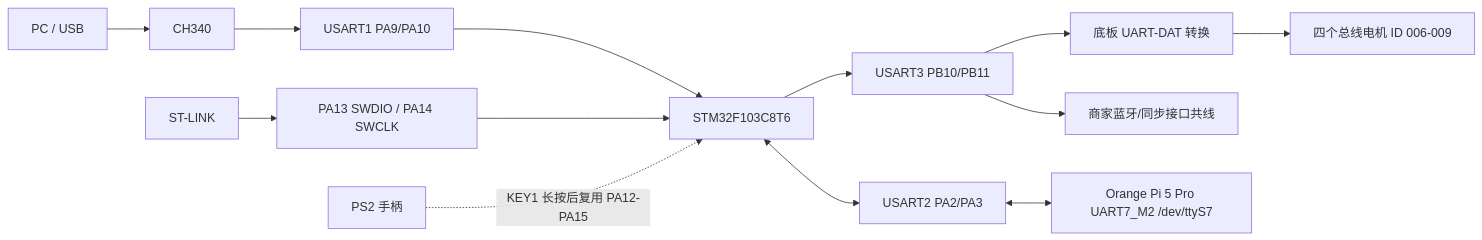
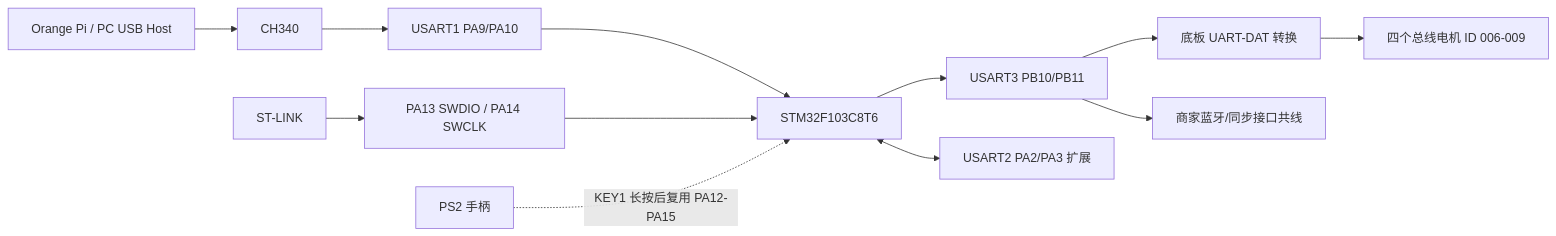
One commit to chbq/c5-car-playground changed the first of 2 diagrams in docs/hardware.md. Above: the diagram before and after it, drawn with Mermaid. The commit also changed other lines of this file and 30 other files, not shown here.

````diff
--- a/docs/hardware.md
+++ b/docs/hardware.md
@@ -27,15 +27,14 @@
 ```mermaid
 flowchart LR
-    PC["PC / USB"] --> CH340["CH340"]
+    HOST["Orange Pi / PC USB Host"] --> CH340["CH340"]
     CH340 --> U1["USART1 PA9/PA10"]
     U1 --> MCU["STM32F103C8T6"]
     MCU --> U3["USART3 PB10/PB11"]
     U3 --> DAT["底板 UART-DAT 转换"]
     DAT --> M["四个总线电机 ID 006-009"]
     U3 --> LEGACY["商家蓝牙/同步接口共线"]
-    MCU <--> U2["USART2 PA2/PA3"]
-    U2 <--> OPI["Orange Pi 5 Pro UART7_M2 /dev/ttyS7"]
+    MCU <--> U2["USART2 PA2/PA3 扩展"]
     SWD["ST-LINK"] --> DBG["PA13 SWDIO / PA14 SWCLK"]
     DBG --> MCU
     PS2["PS2 手柄"] -. "KEY1 长按后复用 PA12-PA15" .-> MCU
 ```
````
